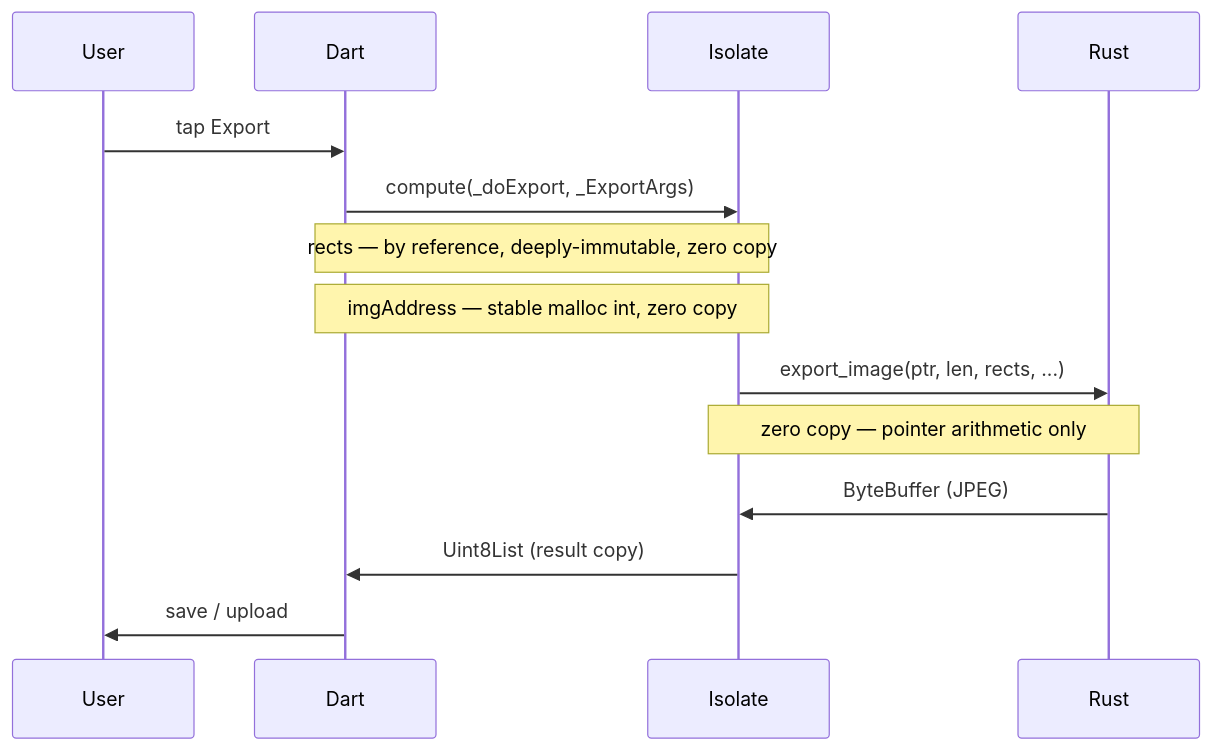
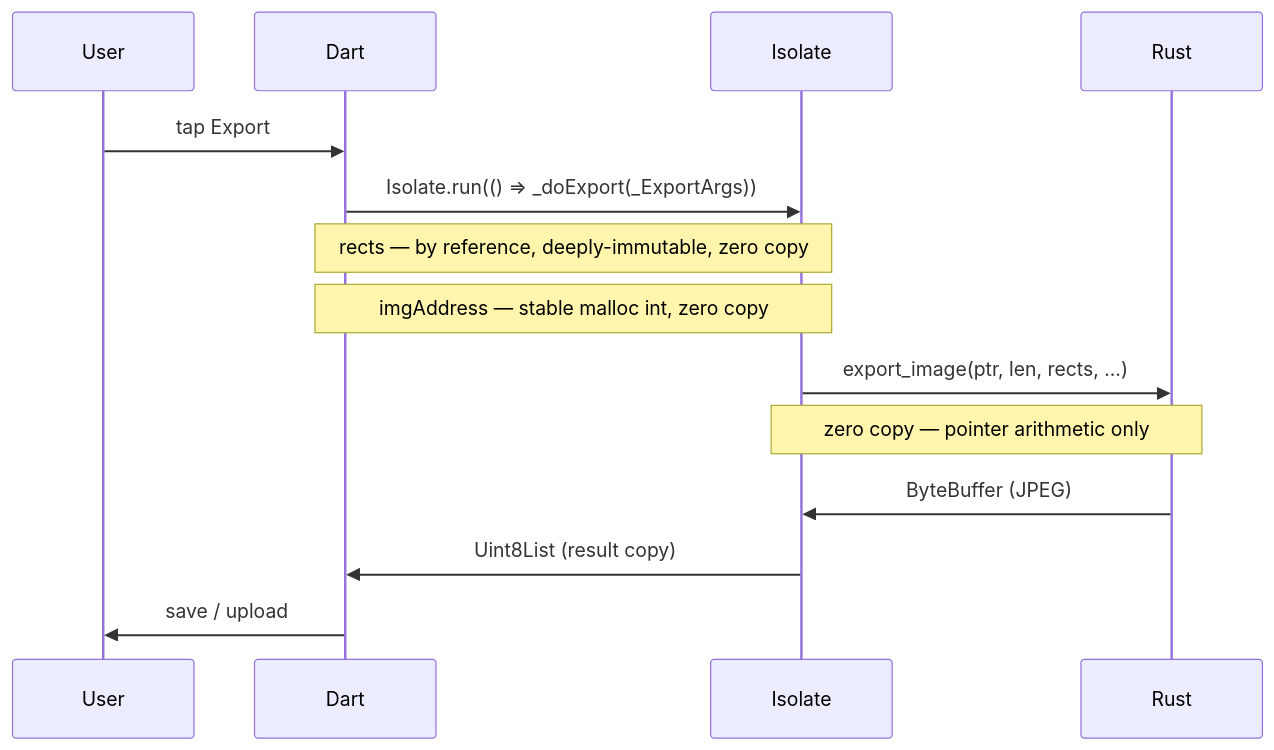
The fourth of 4 diagrams in README.md (tsinis/frigate), drawn with Mermaid before and after one commit. The commit also changed other lines of this file and 218 other files, not shown here.

````diff
--- a/README.md
+++ b/README.md
@@ -115,19 +113,19 @@
 ```mermaid
 sequenceDiagram
     participant U as User
     participant D as Dart
     participant I as Isolate
     participant R as Rust
 
     U->>D: tap Export
-    D->>I: compute(_doExport, _ExportArgs)
+    D->>I: Isolate.run(() => _doExport(_ExportArgs))
     Note over D,I: rects — by reference, deeply-immutable, zero copy
     Note over D,I: imgAddress — stable malloc int, zero copy
 
     I->>R: export_image(ptr, len, rects, ...)
     Note over I,R: zero copy — pointer arithmetic only
 
     R->>I: ByteBuffer (JPEG)
     I->>D: Uint8List (result copy)
     D->>U: save / upload
 ```
````
